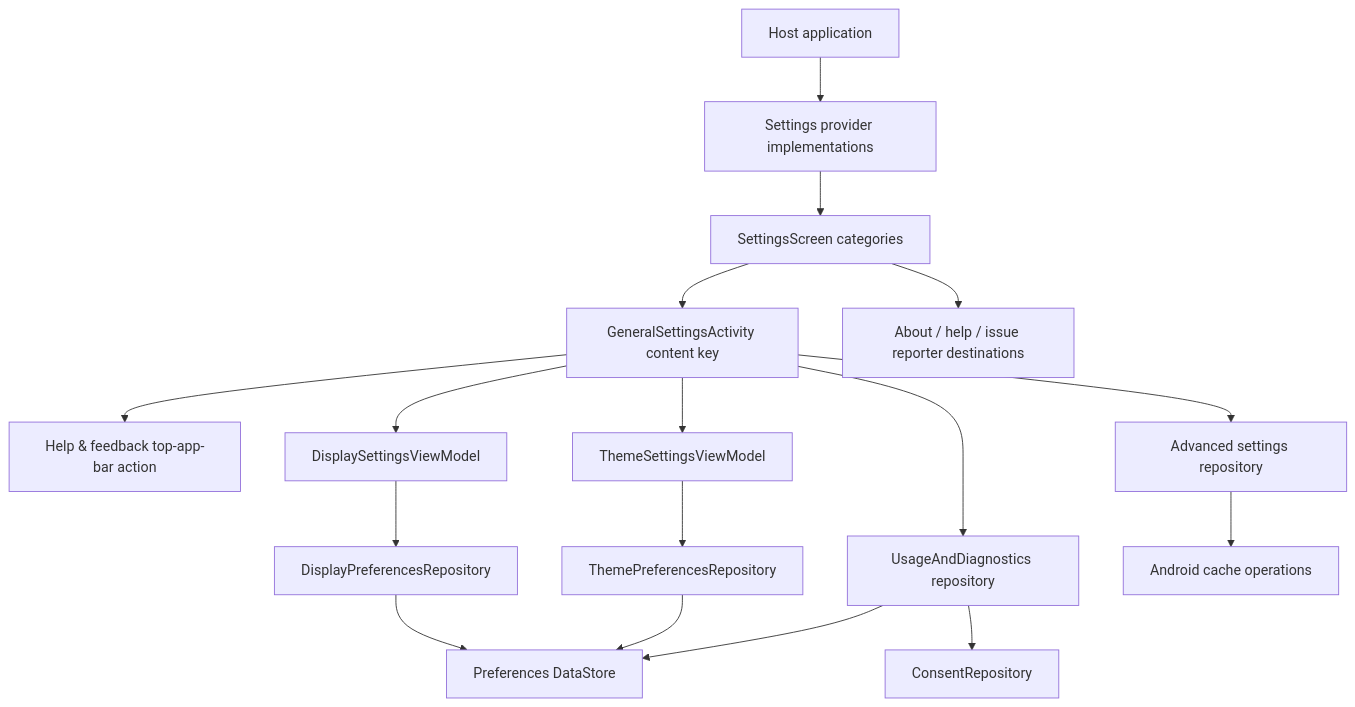
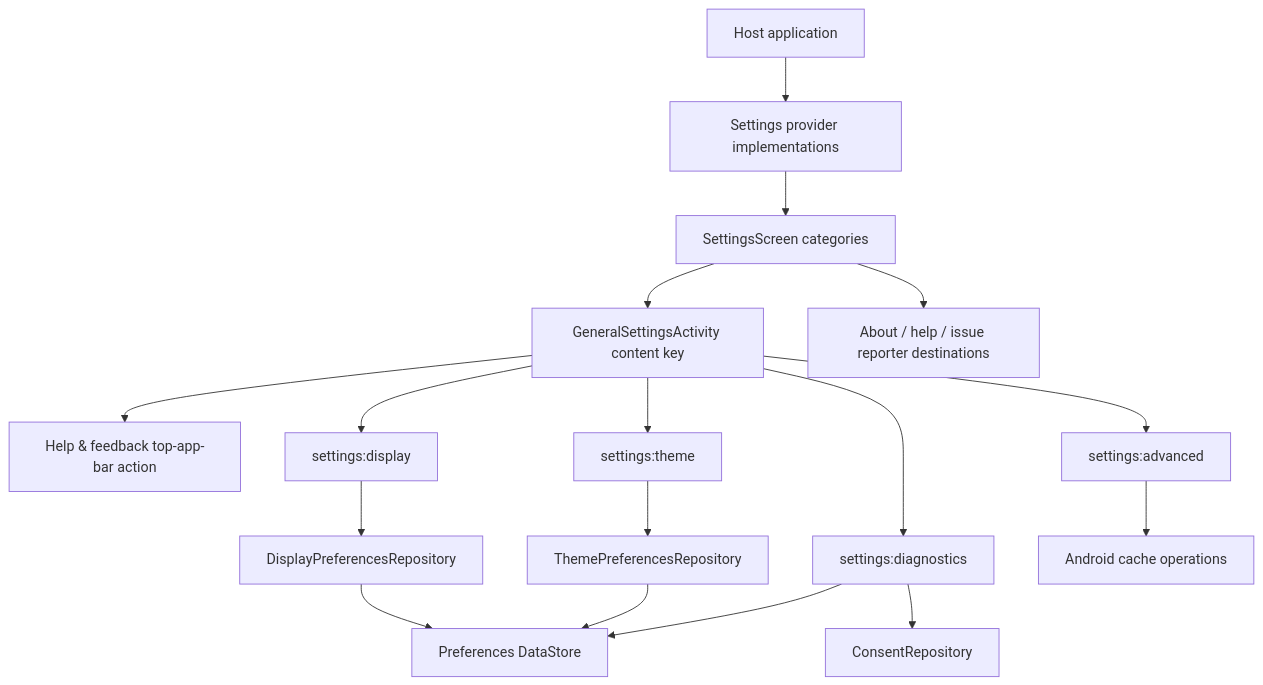
Before and after one commit to MihaiCristianCondrea/App-Toolkit-for-Android: the diagram in library/feature/settings/README.md, drawn with Mermaid. The commit also changed other lines of this file and 285 other files, not shown here.

````diff
--- a/library/feature/settings/README.md
+++ b/library/feature/settings/README.md
@@ -45,19 +42,19 @@
 ```mermaid
 flowchart TD
     Host[Host application] --> Providers[Settings provider implementations]
     Providers --> Root[SettingsScreen categories]
     Root --> General[GeneralSettingsActivity content key]
     General --> Help[Help & feedback top-app-bar action]
-    General --> Display[DisplaySettingsViewModel]
-    General --> Theme[ThemeSettingsViewModel]
-    General --> Advanced[Advanced settings repository]
-    General --> Diagnostics[UsageAndDiagnostics repository]
+    General --> Display[settings:display]
+    General --> Theme[settings:theme]
+    General --> Advanced[settings:advanced]
+    General --> Diagnostics[settings:diagnostics]
     Display --> DisplayRepo[DisplayPreferencesRepository]
     Theme --> ThemeRepo[ThemePreferencesRepository]
     DisplayRepo --> Store[Preferences DataStore]
     ThemeRepo --> Store
     Advanced --> Cache[Android cache operations]
     Diagnostics --> Store
     Diagnostics --> Consent[ConsentRepository]
     Root --> Related[About / help / issue reporter destinations]
 ```
````
